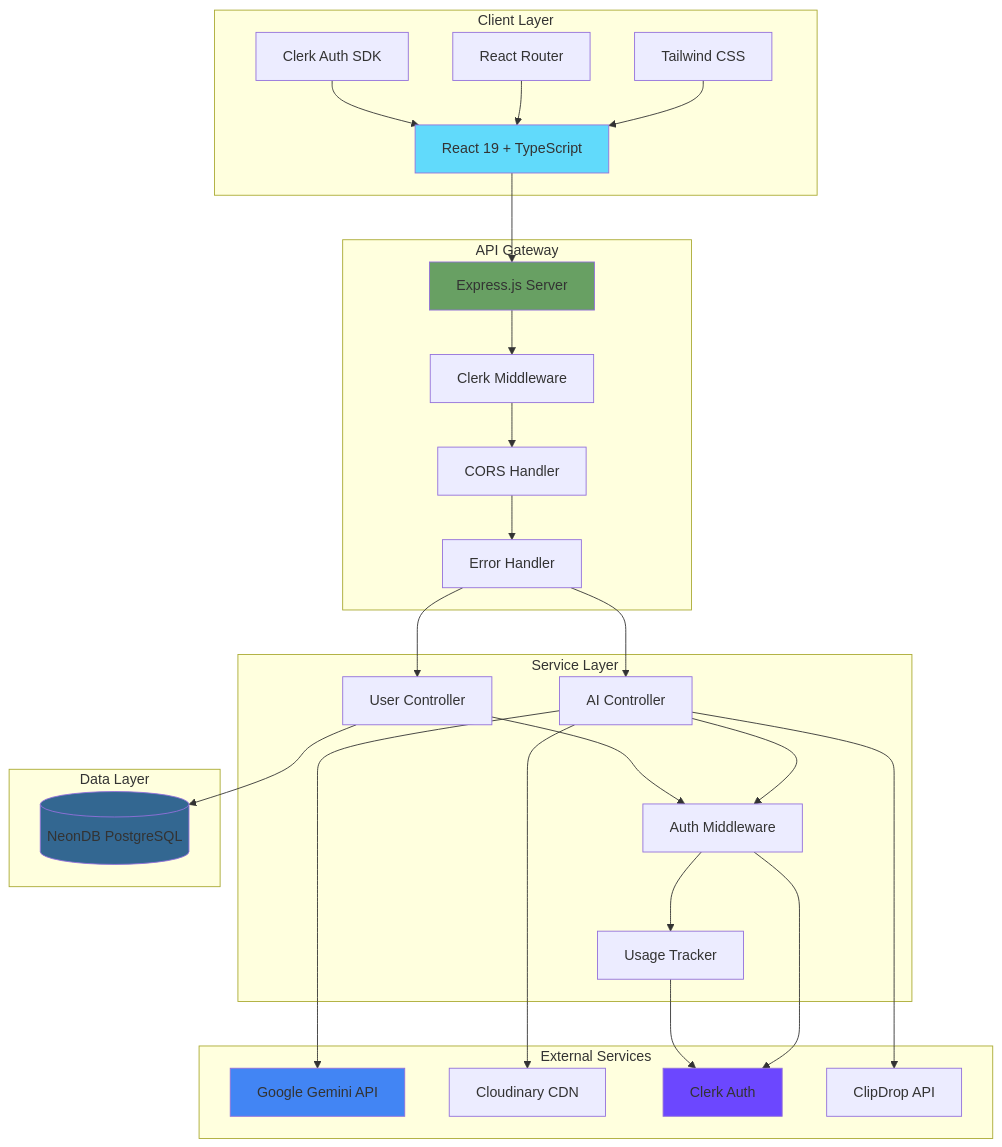
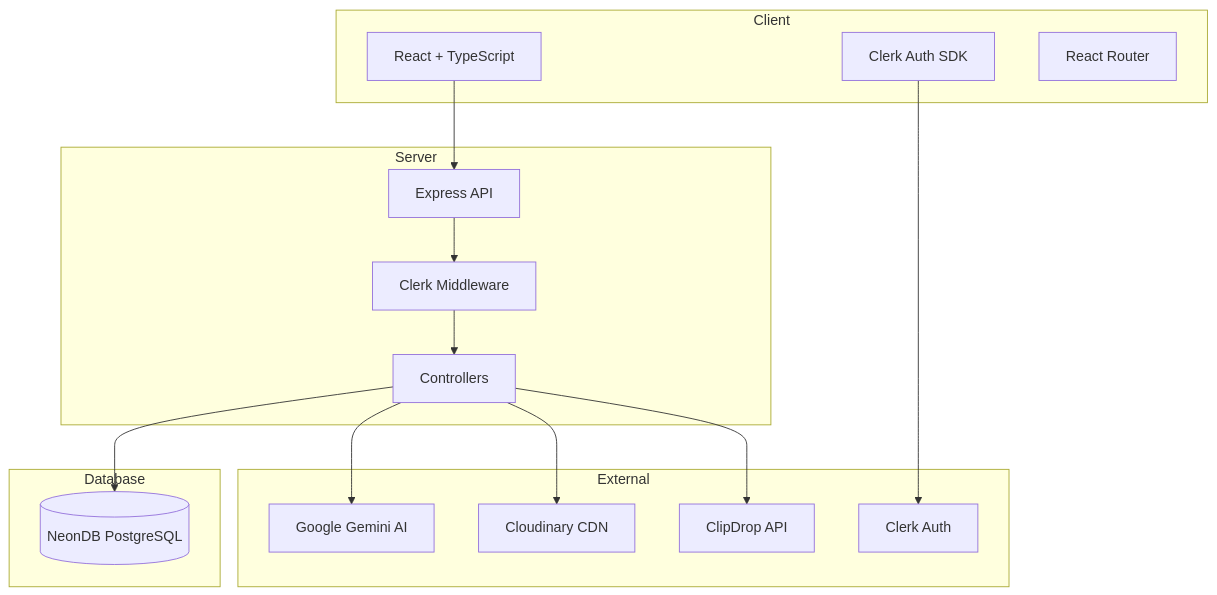
One commit to VIKRAMANR7/ToolNest-AI changed the first of 5 diagrams in README.md. Above: the diagram before and after it, drawn with Mermaid. The commit also changed other lines of this file and 22 other files, not shown here.

Commit message:
refactor: apply TypeScript best practices and standardize codebase

````diff
--- a/README.md
+++ b/README.md
@@ -31,59 +24,34 @@
 ```mermaid
-graph TB
-    subgraph "Client Layer"
-        A[React 19 + TypeScript]
-        B[Tailwind CSS]
-        C[React Router]
-        D[Clerk Auth SDK]
+flowchart TB
+    subgraph Client
+        React[React + TypeScript]
+        Clerk_SDK[Clerk Auth SDK]
+        Router[React Router]
     end
 
-    subgraph "API Gateway"
-        E[Express.js Server]
-        F[Clerk Middleware]
-        G[CORS Handler]
-        H[Error Handler]
+    subgraph Server
+        Express[Express API]
+        Auth[Clerk Middleware]
+        Controllers[Controllers]
     end
 
-    subgraph "Service Layer"
-        I[AI Controller]
-        J[User Controller]
-        K[Auth Middleware]
-        L[Usage Tracker]
+    subgraph Database
+        NeonDB[(NeonDB PostgreSQL)]
     end
 
-    subgraph "External Services"
-        M[Google Gemini API]
-        N[Cloudinary CDN]
-        O[Clerk Auth]
-        P[ClipDrop API]
+    subgraph External
+        Gemini[Google Gemini AI]
+        Cloudinary[Cloudinary CDN]
+        ClipDrop[ClipDrop API]
+        Clerk_Auth[Clerk Auth]
     end
 
-    subgraph "Data Layer"
-        Q[(NeonDB PostgreSQL)]
-    end
-
-    A --> E
-    B --> A
-    C --> A
-    D --> A
-    E --> F
-    F --> G
-    G --> H
-    H --> I
-    H --> J
-    I --> K
-    J --> K
-    K --> L
-    I --> M
-    I --> N
-    I --> P
-    J --> Q
-    K --> O
-    L --> O
-
-    style A fill:#61dafb
-    style E fill:#68a063
-    style Q fill:#336791
-    style M fill:#4285f4
-    style O fill:#6c47ff
+    React --> Express
+    Clerk_SDK --> Clerk_Auth
+    Express --> Auth
+    Auth --> Controllers
+    Controllers --> NeonDB
+    Controllers --> Gemini
+    Controllers --> Cloudinary
+    Controllers --> ClipDrop
 ```
````
